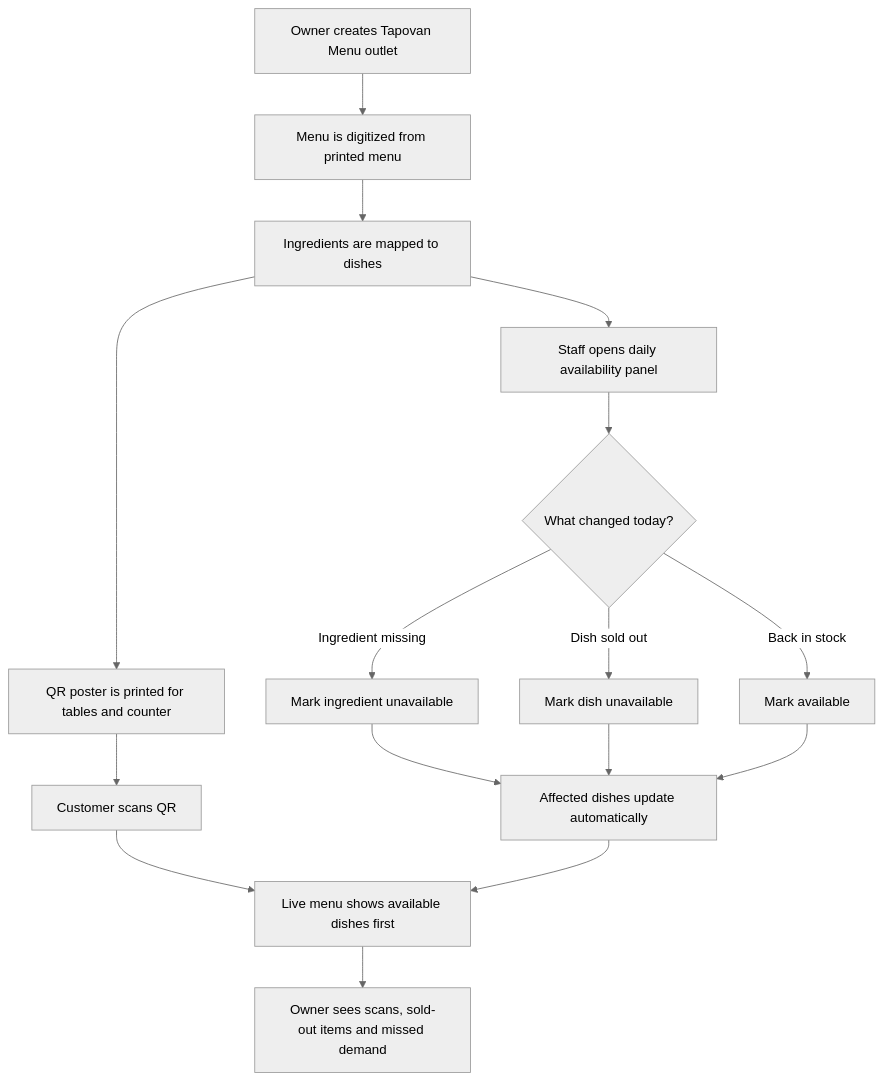
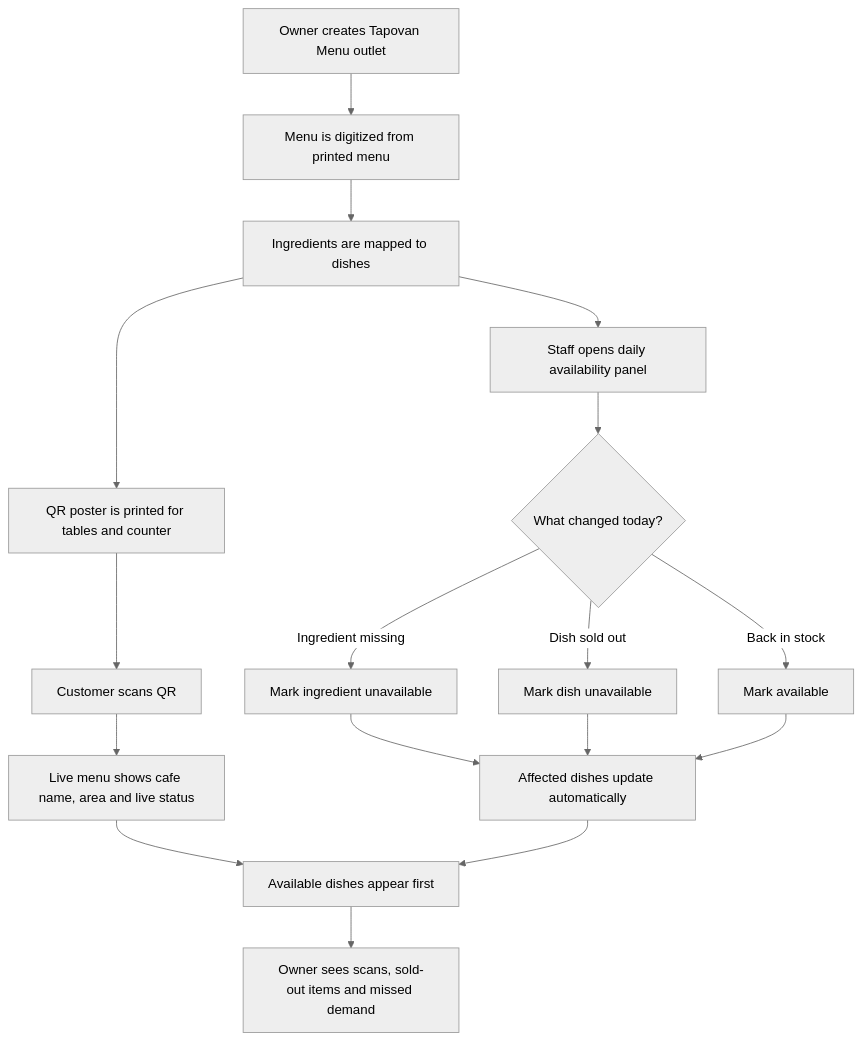
Before and after one commit to vaibhavrishikesh/tapovan-menu: the fourth of 5 diagrams in docs/flow-diagram.md, drawn with Mermaid (neutral theme). The commit also changed 4 other files, not shown here.

First line of the commit message:
Make outlet identity explicit in Tapovan Menu flow

````diff
--- a/docs/flow-diagram.md
+++ b/docs/flow-diagram.md
@@ -60,18 +60,19 @@
 ```mermaid
 flowchart TD
     A[Owner creates Tapovan Menu outlet] --> B[Menu is digitized from printed menu]
     B --> C[Ingredients are mapped to dishes]
     C --> D[QR poster is printed for tables and counter]
     D --> E[Customer scans QR]
-    E --> F[Live menu shows available dishes first]
+    E --> F[Live menu shows cafe name, area and live status]
+    F --> F2[Available dishes appear first]
     C --> G[Staff opens daily availability panel]
     G --> H{What changed today?}
     H -->|Ingredient missing| I[Mark ingredient unavailable]
     H -->|Dish sold out| J[Mark dish unavailable]
     H -->|Back in stock| K[Mark available]
     I --> L[Affected dishes update automatically]
     J --> L
     K --> L
-    L --> F
-    F --> M[Owner sees scans, sold-out items and missed demand]
+    L --> F2
+    F2 --> M[Owner sees scans, sold-out items and missed demand]
 ```
````
